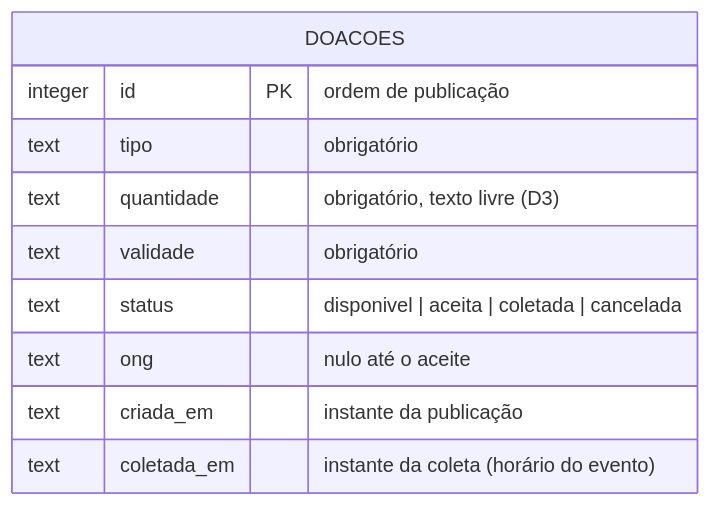
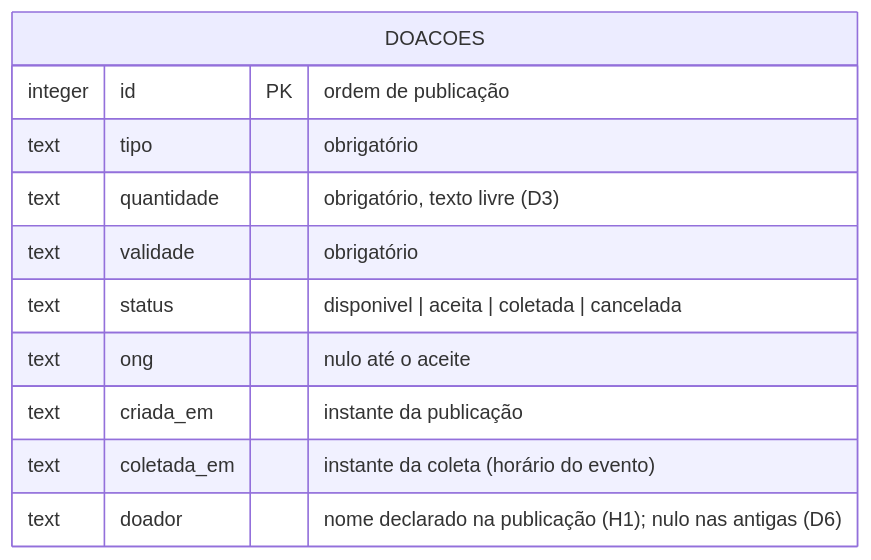
The diagram in docs/diagramas/dados.md (igorSeberino/g1126-template-prato-cheio), drawn with Mermaid before and after one commit. The commit also changed other lines of this file and 3 other files, not shown here.

````diff
--- a/docs/diagramas/dados.md
+++ b/docs/diagramas/dados.md
@@ -9,13 +9,14 @@
 ```mermaid
 erDiagram
     DOACOES {
         integer id PK "ordem de publicação"
         text tipo "obrigatório"
         text quantidade "obrigatório, texto livre (D3)"
         text validade "obrigatório"
         text status "disponivel | aceita | coletada | cancelada"
         text ong "nulo até o aceite"
         text criada_em "instante da publicação"
         text coletada_em "instante da coleta (horário do evento)"
+        text doador "nome declarado na publicação (H1); nulo nas antigas (D6)"
     }
 ```
````
